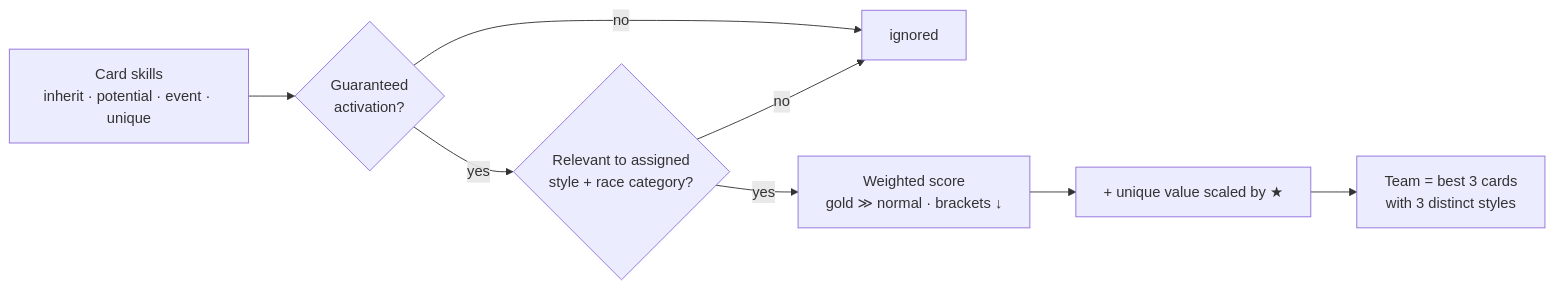
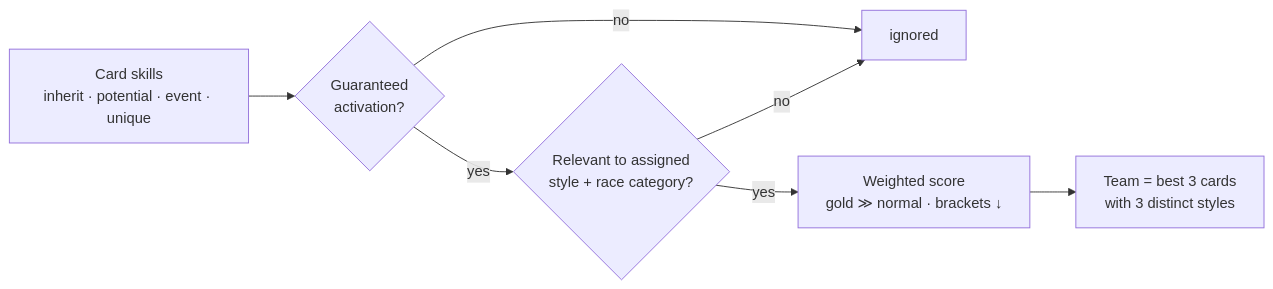
The diagram in README.md (DualChimerra/TeamTrials_Builder), drawn with Mermaid before and after one commit. The commit also changed other lines of this file and 7 other files, not shown here.

````diff
--- a/README.md
+++ b/README.md
@@ -48,10 +49,9 @@
 ```mermaid
 flowchart LR
   A[Card skills<br/>inherit · potential · event · unique] --> B{Guaranteed<br/>activation?}
   B -- no --> X[ignored]
   B -- yes --> C{Relevant to assigned<br/>style + race category?}
   C -- no --> X
   C -- yes --> D[Weighted score<br/>gold ≫ normal · brackets ↓]
-  D --> E[+ unique value scaled by ★]
-  E --> F[Team = best 3 cards<br/>with 3 distinct styles]
+  D --> F[Team = best 3 cards<br/>with 3 distinct styles]
 ```
````
